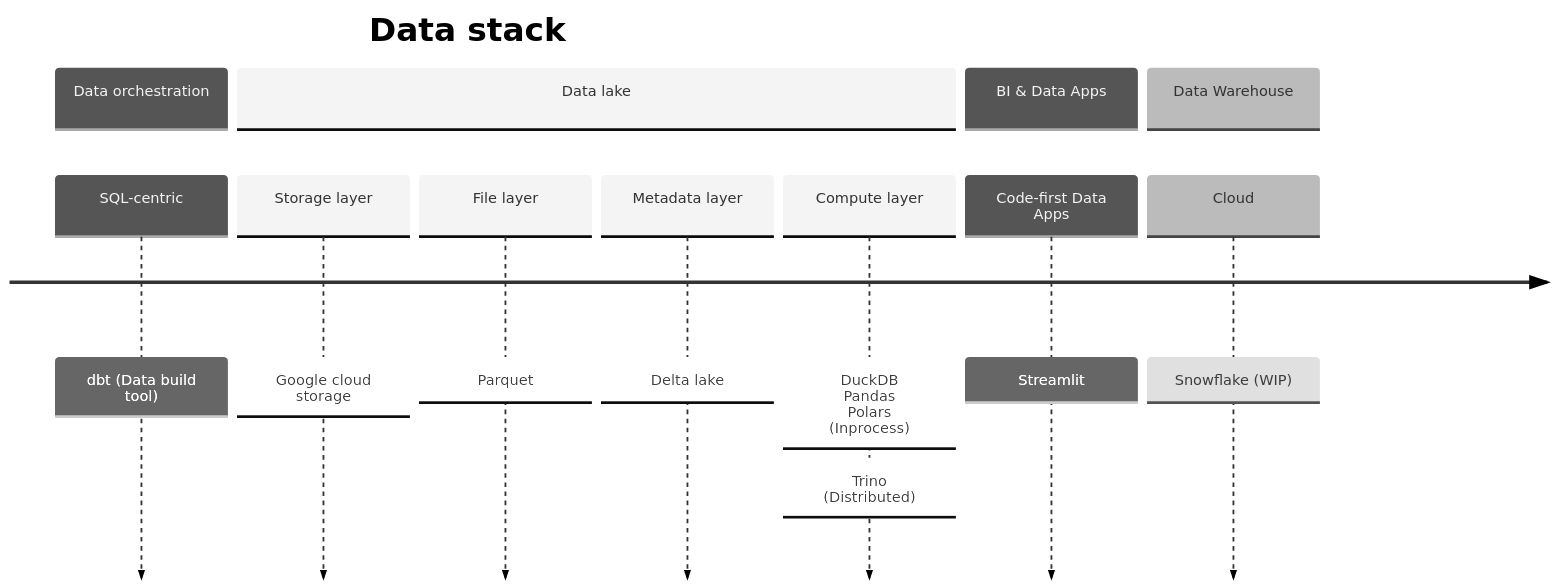
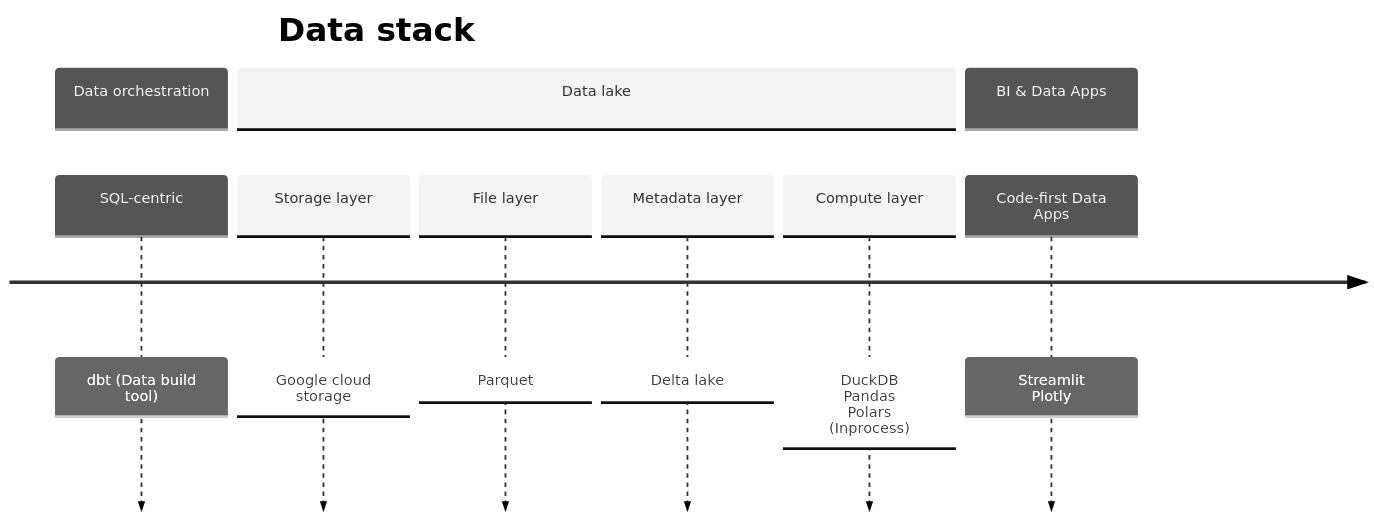
The first of 2 diagrams in README.md (srikanthkote/trade_dbt_project), drawn with Mermaid before and after one commit.

````diff
--- a/README.md
+++ b/README.md
@@ -8,19 +8,17 @@
 ```mermaid
 ---
 config:
   theme: neutral
 ---
 timeline
     title Data stack
     section Data orchestration
         SQL-centric : dbt (Data build tool)
     section Data lake
         Storage layer : Google cloud storage
         File layer : Parquet
         Metadata layer : Delta lake 
-        Compute layer :  DuckDB <br> Pandas <br> Polars <br> (Inprocess) : Trino <br> (Distributed)
+        Compute layer :  DuckDB <br> Pandas <br> Polars <br> (Inprocess) 
     section BI & Data Apps
-        Code-first Data Apps : Streamlit        
-    section Data Warehouse
-        Cloud : Snowflake (WIP)
+        Code-first Data Apps : Streamlit <br> Plotly       
 ```
````
